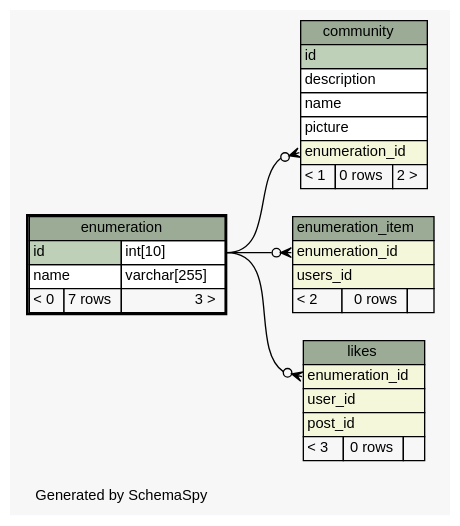
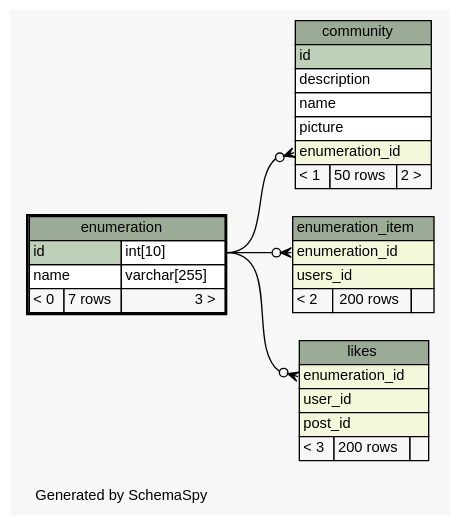
The diagram in doc/db_schema/diagrams/enumeration.1degree.dot (chr-krenn/chr-krenn-fhj-ws2017-sd17-pse), drawn with Graphviz before and after one commit. The commit also changed 65 other files, not shown here.

```diff
--- a/doc/db_schema/diagrams/enumeration.1degree.dot
+++ b/doc/db_schema/diagrams/enumeration.1degree.dot
@@ -1,73 +1,73 @@
 // dot 2.40.1 on Linux 4.12.5-300.fc26.x86_64
 // SchemaSpy rev 590
 digraph "oneDegreeRelationshipsDiagram" {
   graph [
     rankdir="RL"
     bgcolor="#f7f7f7"
     label="\nGenerated by SchemaSpy"
     labeljust="l"
     nodesep="0.18"
     ranksep="0.46"
     fontname="Helvetica"
     fontsize="11"
   ];
   node [
     fontname="Helvetica"
     fontsize="11"
     shape="plaintext"
   ];
   edge [
     arrowsize="0.8"
   ];
   "community":"enumeration_id":w -> "enumeration":"id.type":e [arrowhead=none dir=back arrowtail=crowodot];
   "enumeration_item":"enumeration_id":w -> "enumeration":"id.type":e [arrowhead=none dir=back arrowtail=crowodot];
   "likes":"enumeration_id":w -> "enumeration":"id.type":e [arrowhead=none dir=back arrowtail=crowodot];
   "community" [
     label=<
     <TABLE BORDER="0" CELLBORDER="1" CELLSPACING="0" BGCOLOR="#ffffff">
       <TR><TD COLSPAN="3" BGCOLOR="#9bab96" ALIGN="CENTER">community</TD></TR>
       <TR><TD PORT="id" COLSPAN="3" BGCOLOR="#bed1b8" ALIGN="LEFT">id</TD></TR>
       <TR><TD PORT="description" COLSPAN="3" ALIGN="LEFT">description</TD></TR>
       <TR><TD PORT="name" COLSPAN="3" ALIGN="LEFT">name</TD></TR>
       <TR><TD PORT="picture" COLSPAN="3" ALIGN="LEFT">picture</TD></TR>
       <TR><TD PORT="enumeration_id" COLSPAN="3" BGCOLOR="#f4f7da" ALIGN="LEFT">enumeration_id</TD></TR>
-      <TR><TD ALIGN="LEFT" BGCOLOR="#f7f7f7">&lt; 1</TD><TD ALIGN="RIGHT" BGCOLOR="#f7f7f7">0 rows</TD><TD ALIGN="RIGHT" BGCOLOR="#f7f7f7">2 &gt;</TD></TR>
+      <TR><TD ALIGN="LEFT" BGCOLOR="#f7f7f7">&lt; 1</TD><TD ALIGN="RIGHT" BGCOLOR="#f7f7f7">50 rows</TD><TD ALIGN="RIGHT" BGCOLOR="#f7f7f7">2 &gt;</TD></TR>
     </TABLE>>
     URL="community.html"
     tooltip="community"
   ];
   "enumeration" [
     label=<
     <TABLE BORDER="2" CELLBORDER="1" CELLSPACING="0" BGCOLOR="#ffffff">
       <TR><TD COLSPAN="3" BGCOLOR="#9bab96" ALIGN="CENTER">enumeration</TD></TR>
       <TR><TD PORT="id" COLSPAN="2" BGCOLOR="#bed1b8" ALIGN="LEFT">id</TD><TD PORT="id.type" ALIGN="LEFT">int[10]</TD></TR>
       <TR><TD PORT="name" COLSPAN="2" ALIGN="LEFT">name</TD><TD PORT="name.type" ALIGN="LEFT">varchar[255]</TD></TR>
       <TR><TD ALIGN="LEFT" BGCOLOR="#f7f7f7">&lt; 0</TD><TD ALIGN="RIGHT" BGCOLOR="#f7f7f7">7 rows</TD><TD ALIGN="RIGHT" BGCOLOR="#f7f7f7">3 &gt;</TD></TR>
     </TABLE>>
     URL="enumeration.html"
     tooltip="enumeration"
   ];
   "enumeration_item" [
     label=<
     <TABLE BORDER="0" CELLBORDER="1" CELLSPACING="0" BGCOLOR="#ffffff">
       <TR><TD COLSPAN="3" BGCOLOR="#9bab96" ALIGN="CENTER">enumeration_item</TD></TR>
       <TR><TD PORT="enumeration_id" COLSPAN="3" BGCOLOR="#f4f7da" ALIGN="LEFT">enumeration_id</TD></TR>
       <TR><TD PORT="users_id" COLSPAN="3" BGCOLOR="#f4f7da" ALIGN="LEFT">users_id</TD></TR>
-      <TR><TD ALIGN="LEFT" BGCOLOR="#f7f7f7">&lt; 2</TD><TD ALIGN="RIGHT" BGCOLOR="#f7f7f7">0 rows</TD><TD ALIGN="RIGHT" BGCOLOR="#f7f7f7">  </TD></TR>
+      <TR><TD ALIGN="LEFT" BGCOLOR="#f7f7f7">&lt; 2</TD><TD ALIGN="RIGHT" BGCOLOR="#f7f7f7">200 rows</TD><TD ALIGN="RIGHT" BGCOLOR="#f7f7f7">  </TD></TR>
     </TABLE>>
     URL="enumeration_item.html"
     tooltip="enumeration_item"
   ];
   "likes" [
     label=<
     <TABLE BORDER="0" CELLBORDER="1" CELLSPACING="0" BGCOLOR="#ffffff">
       <TR><TD COLSPAN="3" BGCOLOR="#9bab96" ALIGN="CENTER">likes</TD></TR>
       <TR><TD PORT="enumeration_id" COLSPAN="3" BGCOLOR="#f4f7da" ALIGN="LEFT">enumeration_id</TD></TR>
       <TR><TD PORT="user_id" COLSPAN="3" BGCOLOR="#f4f7da" ALIGN="LEFT">user_id</TD></TR>
       <TR><TD PORT="post_id" COLSPAN="3" BGCOLOR="#f4f7da" ALIGN="LEFT">post_id</TD></TR>
-      <TR><TD ALIGN="LEFT" BGCOLOR="#f7f7f7">&lt; 3</TD><TD ALIGN="RIGHT" BGCOLOR="#f7f7f7">0 rows</TD><TD ALIGN="RIGHT" BGCOLOR="#f7f7f7">  </TD></TR>
+      <TR><TD ALIGN="LEFT" BGCOLOR="#f7f7f7">&lt; 3</TD><TD ALIGN="RIGHT" BGCOLOR="#f7f7f7">200 rows</TD><TD ALIGN="RIGHT" BGCOLOR="#f7f7f7">  </TD></TR>
     </TABLE>>
     URL="likes.html"
     tooltip="likes"
   ];
 }
```
